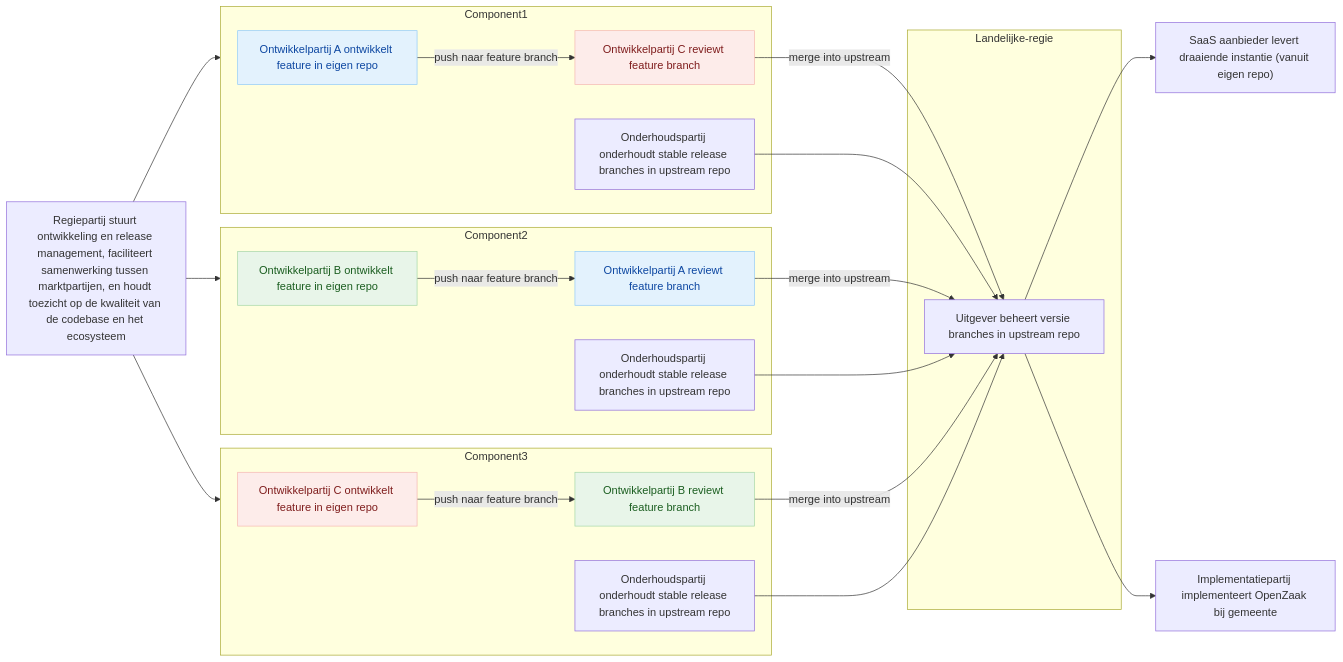
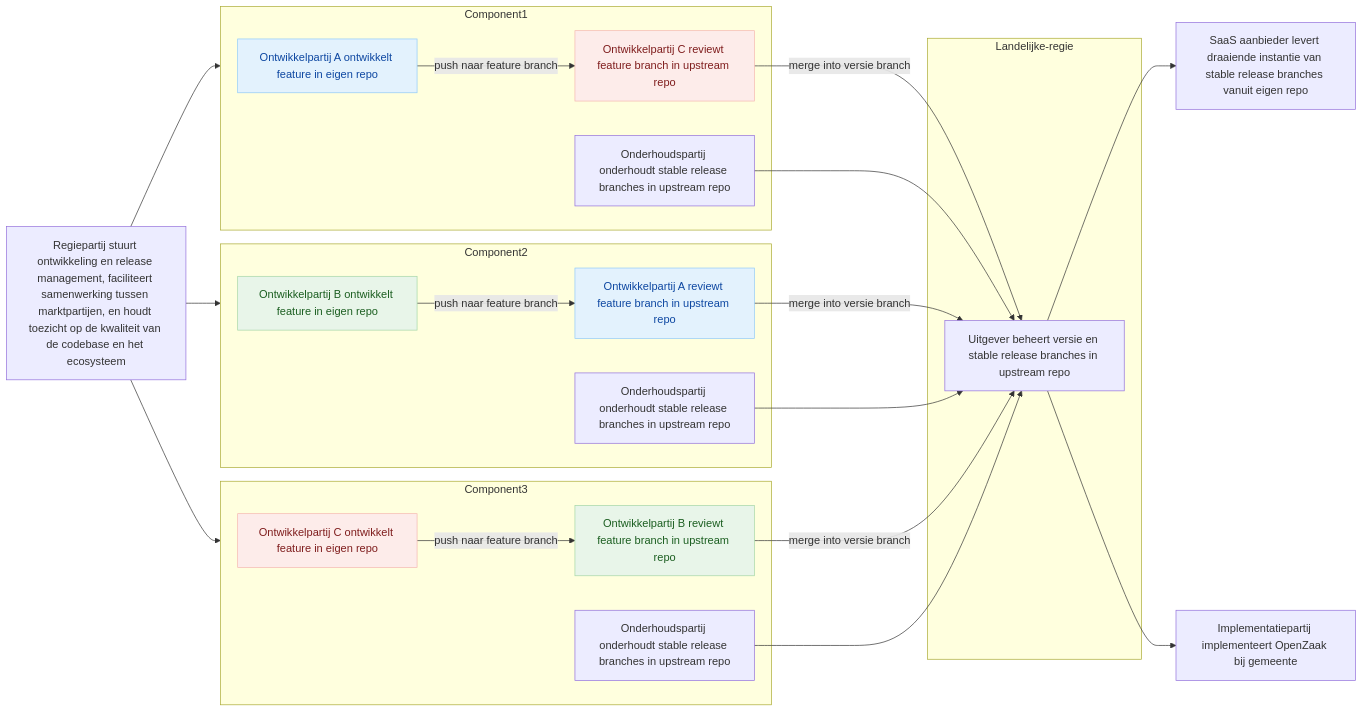
Before and after one commit to open-zaak/samenwerken: the tenth of 10 diagrams in resultaten/rollen-meerdere-marktpartijen.md, drawn with Mermaid.

Commit message:
tweak text

````diff
--- a/resultaten/rollen-meerdere-marktpartijen.md
+++ b/resultaten/rollen-meerdere-marktpartijen.md
@@ -470,68 +470,68 @@
 ```mermaid
 graph LR
     subgraph Component1
     %% Nodes
         Dev1["Ontwikkelpartij A ontwikkelt feature in eigen repo"]
-        Rev1["Ontwikkelpartij C reviewt feature branch"]
+        Rev1["Ontwikkelpartij C reviewt feature branch in upstream repo"]
         Maint1["Onderhoudspartij onderhoudt stable release branches in upstream repo"]
 
         %% Connections
         Dev1 --"push naar feature branch"--> Rev1
     end
 
     subgraph Component2
     %% Nodes
         Dev2["Ontwikkelpartij B ontwikkelt feature in eigen repo"]
-        Rev2["Ontwikkelpartij A reviewt feature branch"]
+        Rev2["Ontwikkelpartij A reviewt feature branch in upstream repo"]
         Maint2["Onderhoudspartij onderhoudt stable release branches in upstream repo"]
 
         %% Connections
         Dev2 --"push naar feature branch"--> Rev2
     end
 
     subgraph Component3
     %% Nodes
         Dev3["Ontwikkelpartij C ontwikkelt feature in eigen repo"]
-        Rev3["Ontwikkelpartij B reviewt feature branch"]
+        Rev3["Ontwikkelpartij B reviewt feature branch in upstream repo"]
         Maint3["Onderhoudspartij onderhoudt stable release branches in upstream repo"]
 
         %% Connections
         Dev3 --"push naar feature branch"--> Rev3
     end
 
     subgraph Landelijke-regie
     %% Nodes
     Up["Uitgever beheert versie branches in upstream repo"]
 
     end
 
     %% Nodes
     Regie["Regiepartij stuurt ontwikkeling en release management, faciliteert samenwerking tussen marktpartijen, en houdt toezicht op de kwaliteit van de codebase en het ecosysteem"]
     Impl["Implementatiepartij implementeert OpenZaak bij gemeente"]
-    Up["Uitgever beheert versie branches in upstream repo"]
-    SaaS["SaaS aanbieder levert draaiende instantie (vanuit eigen repo)"]
+    Up["Uitgever beheert versie en stable release branches in upstream repo"]
+    SaaS["SaaS aanbieder levert draaiende instantie van stable release branches vanuit eigen repo"]
 
     %% Connections
     Regie --> Component1
     Regie --> Component2
     Regie --> Component3
-    Rev1 --"merge into upstream"--> Up
-    Rev2 --"merge into upstream"--> Up
-    Rev3 --"merge into upstream"--> Up
+    Rev1 --"merge into versie branch"--> Up
+    Rev2 --"merge into versie branch"--> Up
+    Rev3 --"merge into versie branch"--> Up
     Maint1 --> Up
     Maint2 --> Up
     Maint3 --> Up
     Up --> SaaS
     Up --> Impl
 
     %% Styling
     classDef softBlue fill:#e3f2fd,stroke:#90caf9,color:#0d47a1;
     class Dev1,Rev2 softBlue;
 
     classDef softGreen fill:#e8f5e9,stroke:#a5d6a7,color:#1b5e20;
     class Dev2,Rev3 softGreen;
 
     classDef softRed fill:#fdecea,stroke:#f5b7b1,color:#7f1d1d;
     class Dev3,Rev1 softRed;
 
 ```
````
